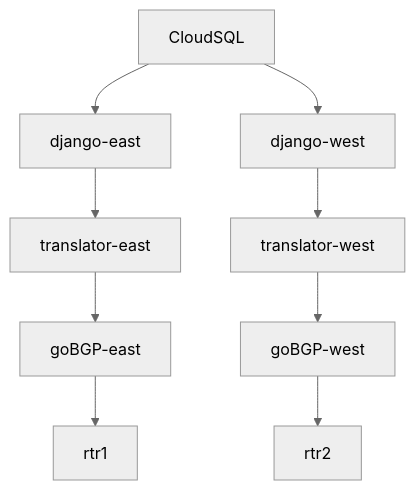
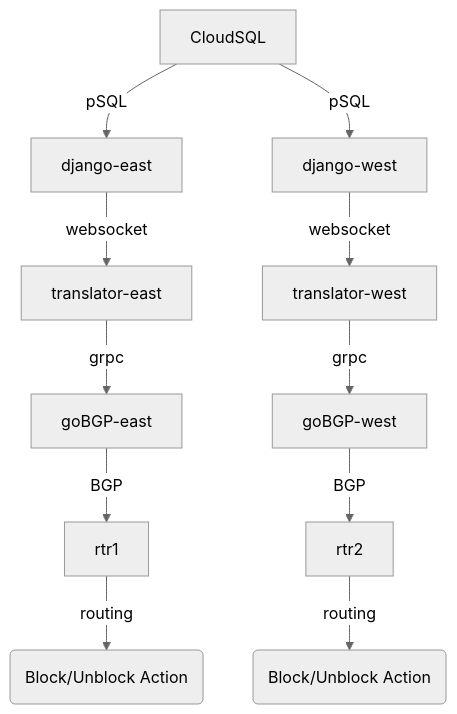
Before and after one commit to esnet-security/SCRAM: the diagram in docs/dependencies.md, drawn with Mermaid (neutral theme). The commit also changed other lines of this file, not shown here.

Commit message:
Add protocol

````diff
--- a/docs/dependencies.md
+++ b/docs/dependencies.md
@@ -3,11 +3,13 @@
 ```mermaid
 graph TD;
-    CloudSQL-->django-east;
-    CloudSQL-->django-west;
-    django-east-->translator-east;
-    translator-east-->goBGP-east;
-    goBGP-east-->rtr1;
-    django-west-->translator-west;
-    translator-west-->goBGP-west;
-    goBGP-west-->rtr2;
+    CloudSQL -- pSQL --> django-east;
+    django-east -- websocket --> translator-east;
+    translator-east -- grpc --> goBGP-east;
+    goBGP-east -- BGP --> rtr1;
+    rtr1 -- routing --> net1("Block/Unblock Action");
+    CloudSQL -- pSQL --> django-west;
+    django-west -- websocket --> translator-west;
+    translator-west -- grpc --> goBGP-west;
+    goBGP-west -- BGP --> rtr2;
+    rtr2 -- routing --> net2("Block/Unblock Action");
 ```
````
